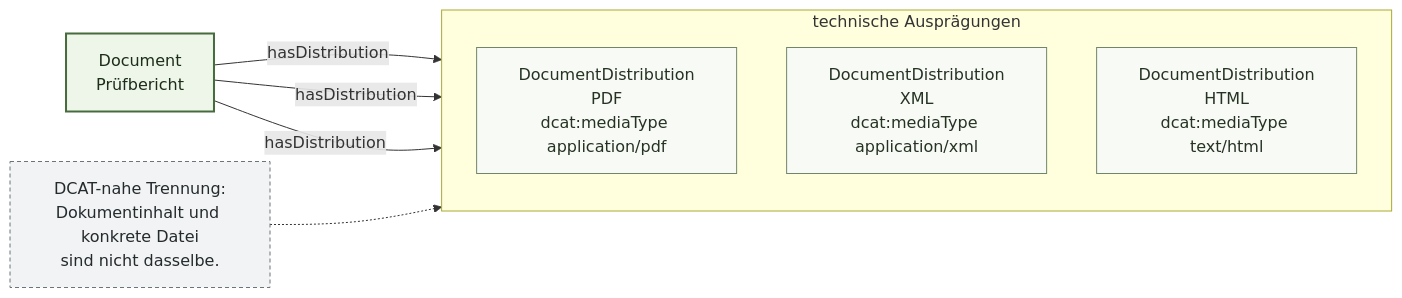
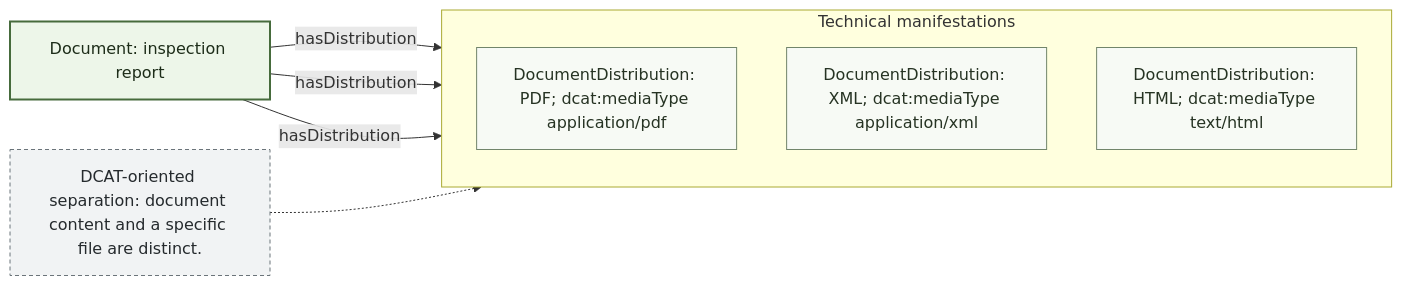
Before and after one commit to project-construct-x/constructx-ontologies: the third of 5 diagrams in modules/core/document/docs/diagrams/document-concept-model.md, drawn with Mermaid. The commit also changed other lines of this file and 230 other files, not shown here.

````diff
--- a/modules/core/document/docs/diagrams/document-concept-model.md
+++ b/modules/core/document/docs/diagrams/document-concept-model.md
@@ -73,26 +71,26 @@
 ```mermaid
 flowchart LR
-    Document["Document<br/>Prüfbericht"]
+    Document["Document: inspection report"]
 
-    subgraph DIST["technische Ausprägungen"]
+    subgraph DIST["Technical manifestations"]
         direction TB
-        Pdf["DocumentDistribution<br/>PDF<br/>dcat:mediaType application/pdf"]
-        Xml["DocumentDistribution<br/>XML<br/>dcat:mediaType application/xml"]
-        Html["DocumentDistribution<br/>HTML<br/>dcat:mediaType text/html"]
+        Pdf["DocumentDistribution: PDF; dcat:mediaType application/pdf"]
+        Xml["DocumentDistribution: XML; dcat:mediaType application/xml"]
+        Html["DocumentDistribution: HTML; dcat:mediaType text/html"]
     end
 
     Document -->|"hasDistribution"| Pdf
     Document -->|"hasDistribution"| Xml
     Document -->|"hasDistribution"| Html
 
-    Dcat["DCAT-nahe Trennung:<br/>Dokumentinhalt und konkrete Datei<br/>sind nicht dasselbe."]
+    Dcat["DCAT-oriented separation: document content and a specific file are distinct."]
     Dcat -.-> DIST
 
     classDef doc fill:#edf6e9,stroke:#466b3c,color:#1d2d19,stroke-width:2px;
     classDef dist fill:#f7faf5,stroke:#71856a,color:#263323;
     classDef note fill:#f1f3f4,stroke:#6b747a,color:#252a2d,stroke-dasharray:4 3;
 
     class Document doc;
     class Pdf,Xml,Html dist;
     class Dcat note;
 ```
````
